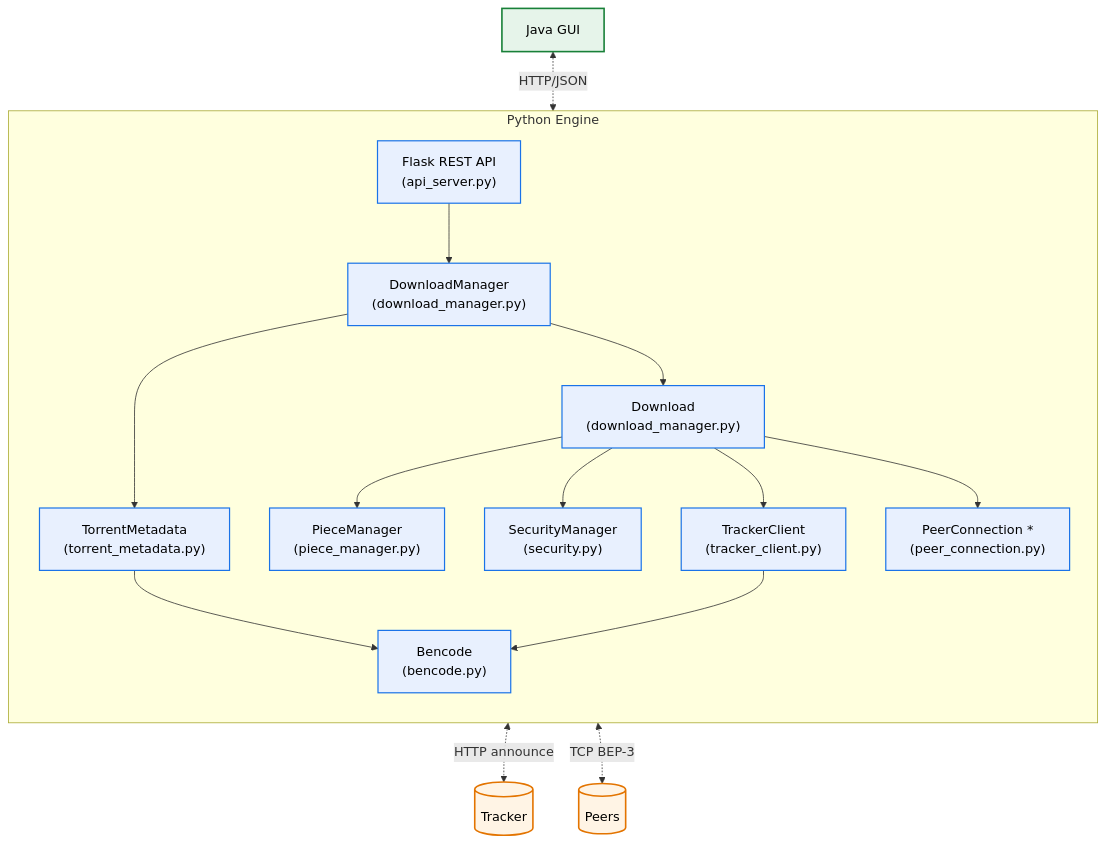
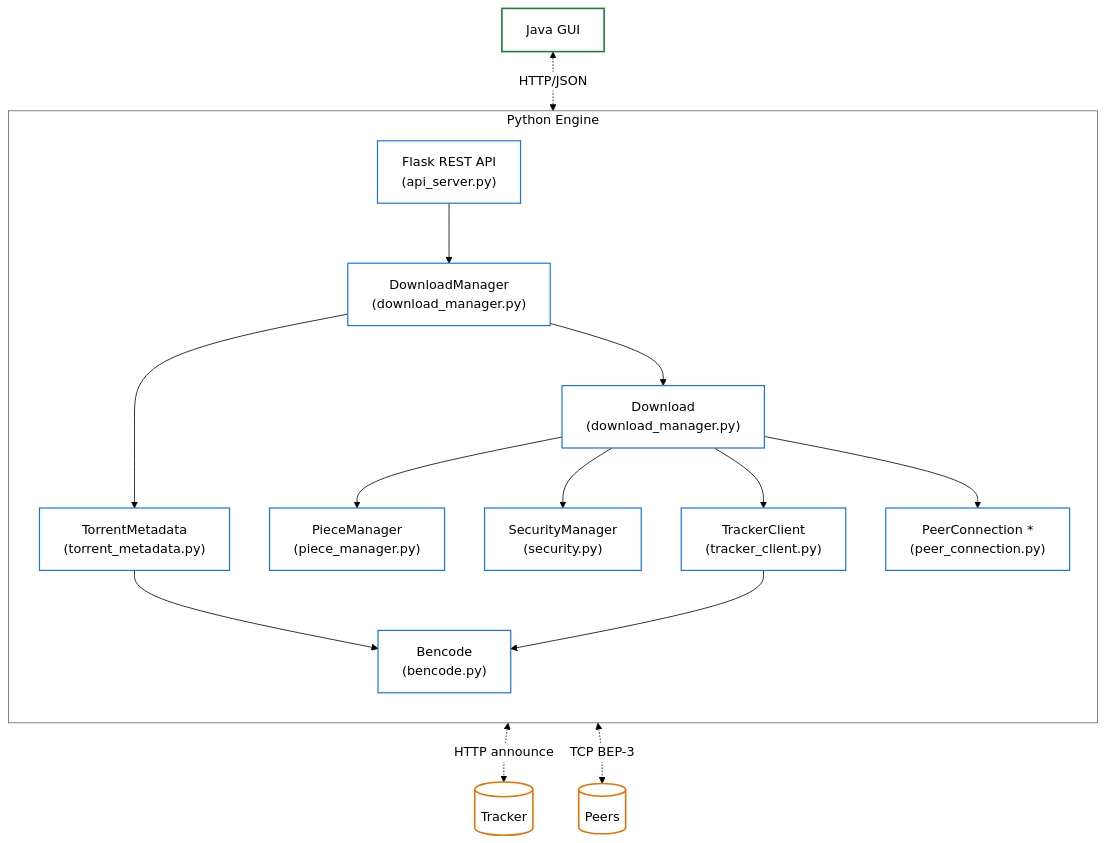
The second of 2 diagrams in docs/Fig-02.md (Adamzvulun/Project_Gal), drawn with Mermaid before and after one commit. The commit also changed other lines of this file, not shown here.

First line of the commit message:
docs(Fig-02): white background + export instructions

````diff
--- a/docs/Fig-02.md
+++ b/docs/Fig-02.md
@@ -31,36 +32,37 @@
 ```mermaid
+%%{init: {'theme':'base', 'themeVariables': {'background':'#FFFFFF', 'primaryColor':'#FFFFFF', 'primaryBorderColor':'#000000', 'primaryTextColor':'#000000', 'lineColor':'#000000', 'edgeLabelBackground':'#FFFFFF', 'tertiaryColor':'#FFFFFF', 'clusterBkg':'#FFFFFF', 'clusterBorder':'#666666'}}}%%
 flowchart TB
     subgraph PE["Python Engine"]
         direction TB
         API["Flask REST API<br/>(api_server.py)"]
         DM["DownloadManager<br/>(download_manager.py)"]
         DL["Download<br/>(download_manager.py)"]
         PM["PieceManager<br/>(piece_manager.py)"]
         PC["PeerConnection *<br/>(peer_connection.py)"]
         TC["TrackerClient<br/>(tracker_client.py)"]
         SM["SecurityManager<br/>(security.py)"]
         TM["TorrentMetadata<br/>(torrent_metadata.py)"]
         BC["Bencode<br/>(bencode.py)"]
 
         API --> DM
         DM --> TM
         DM --> DL
         DL --> PM
         DL --> SM
         DL --> TC
         DL --> PC
         TM --> BC
         TC --> BC
     end
 
     GUI2["Java GUI"] <-.HTTP/JSON.-> API
     TC <-.HTTP announce.-> TRK2[("Tracker")]
     PC <-.TCP BEP-3.-> PEERS2[("Peers")]
 
-    classDef mod fill:#E8F0FE,stroke:#1A73E8,stroke-width:1.5px,color:#000;
-    classDef ext fill:#FFF4E5,stroke:#E37400,stroke-width:2px,color:#000;
-    classDef gui fill:#E6F4EA,stroke:#188038,stroke-width:2px,color:#000;
+    classDef mod fill:#FFFFFF,stroke:#1A73E8,stroke-width:1.5px,color:#000;
+    classDef ext fill:#FFFFFF,stroke:#E37400,stroke-width:2px,color:#000;
+    classDef gui fill:#FFFFFF,stroke:#188038,stroke-width:2px,color:#000;
     class API,DM,DL,PM,PC,TC,SM,TM,BC mod;
     class TRK2,PEERS2 ext;
     class GUI2 gui;
 ```
````
